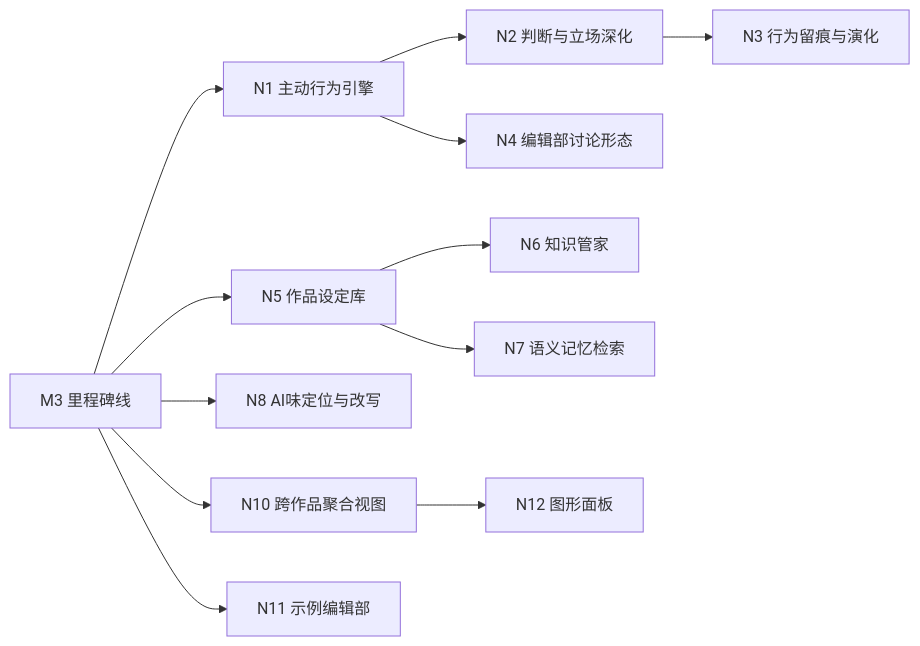
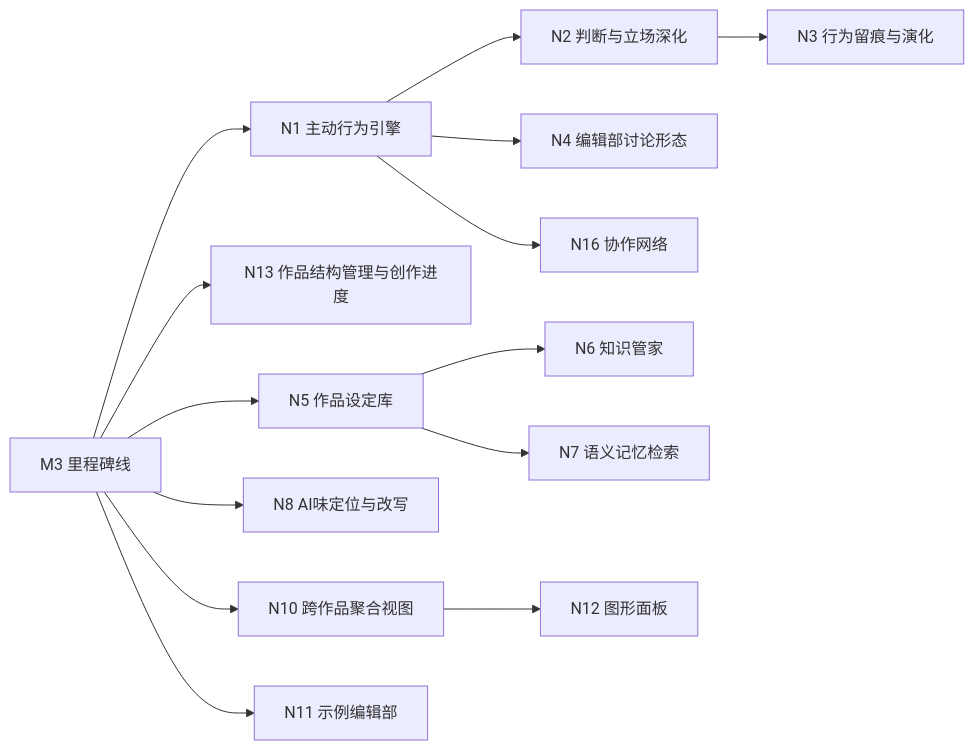
One commit to ppepperkok-hue/novel-editorial changed the diagram in docs/project-plan/06-new-capability-backlog.md. Above: the diagram before and after it, drawn with Mermaid. The commit also changed other lines of this file, not shown here.

````diff
--- a/docs/project-plan/06-new-capability-backlog.md
+++ b/docs/project-plan/06-new-capability-backlog.md
@@ -106,14 +104,16 @@
 ```mermaid
 graph LR
   M3[M3 里程碑线] --> N1[N1 主动行为引擎]
   N1 --> N2[N2 判断与立场深化]
   N2 --> N3[N3 行为留痕与演化]
   N1 --> N4[N4 编辑部讨论形态]
+  N1 --> N16[N16 协作网络]
+  M3 --> N13[N13 作品结构管理与创作进度]
   M3 --> N5[N5 作品设定库]
   N5 --> N6[N6 知识管家]
   N5 --> N7[N7 语义记忆检索]
   M3 --> N8[N8 AI味定位与改写]
   M3 --> N10[N10 跨作品聚合视图]
   M3 --> N11[N11 示例编辑部]
   N10 --> N12[N12 图形面板]
 ```
````
